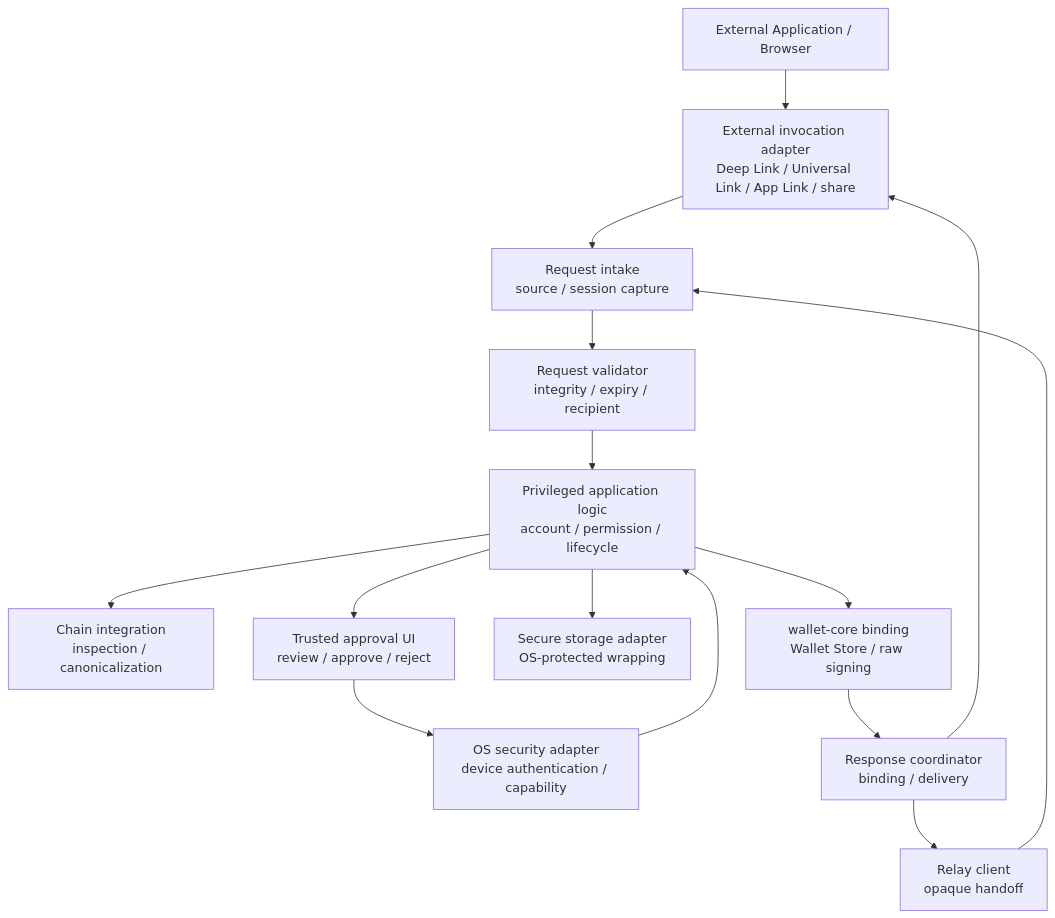
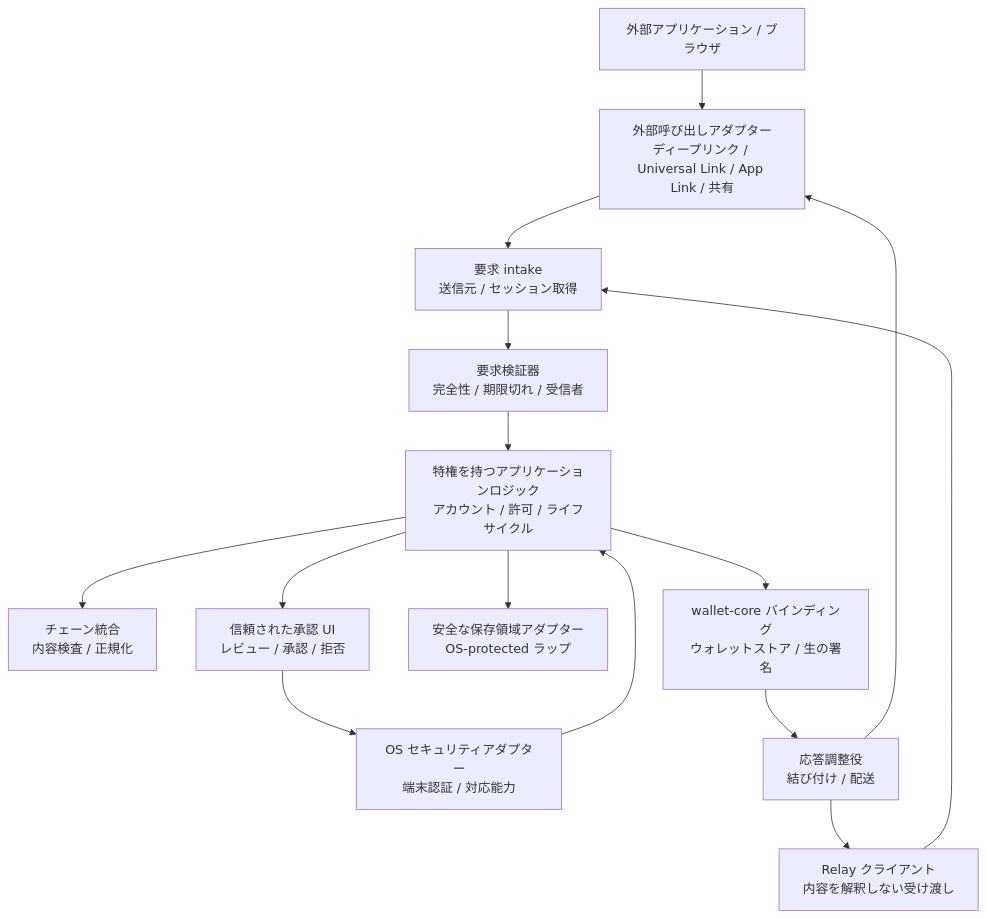
Before and after one commit to MosaicLynx/MosaicLynx: the diagram in docs/design/mobile-app.md, drawn with Mermaid. The commit also changed other lines of this file and 135 other files, not shown here.

````diff
--- a/docs/design/mobile-app.md
+++ b/docs/design/mobile-app.md
@@ -91,28 +91,28 @@
 ```mermaid
 flowchart TB
-    E[External Application / Browser]
-    X[External invocation adapter<br/>Deep Link / Universal Link / App Link / share]
-    R[Relay client<br/>opaque handoff]
-    I[Request intake<br/>source / session capture]
-    V[Request validator<br/>integrity / expiry / recipient]
-    A[Privileged application logic<br/>account / permission / lifecycle]
-    C[Chain integration<br/>inspection / canonicalization]
-    U[Trusted approval UI<br/>review / approve / reject]
-    D[OS security adapter<br/>device authentication / capability]
-    S[Secure storage adapter<br/>OS-protected wrapping]
-    W[wallet-core binding<br/>Wallet Store / raw signing]
-    O[Response coordinator<br/>binding / delivery]
+    E[外部アプリケーション / ブラウザ]
+    X[外部呼び出しアダプター<br/>ディープリンク / Universal Link / App Link / 共有]
+    R[Relay クライアント<br/>内容を解釈しない受け渡し]
+    I[要求 intake<br/>送信元 / セッション取得]
+    V[要求検証器<br/>完全性 / 期限切れ / 受信者]
+    A[特権を持つアプリケーションロジック<br/>アカウント / 許可 / ライフサイクル]
+    C[チェーン統合<br/>内容検査 / 正規化]
+    U[信頼された承認 UI<br/>レビュー / 承認 / 拒否]
+    D[OS セキュリティアダプター<br/>端末認証 / 対応能力]
+    S[安全な保存領域アダプター<br/>OS-protected ラップ]
+    W[wallet-core バインディング<br/>ウォレットストア / 生の署名]
+    O[応答調整役<br/>結び付け / 配送]
 
     E --> X --> I
     R --> I
     I --> V --> A
     A --> C
     A --> U
     U --> D
     D --> A
     A --> S
     A --> W
     W --> O
     O --> R
     O --> X
 ```
````
